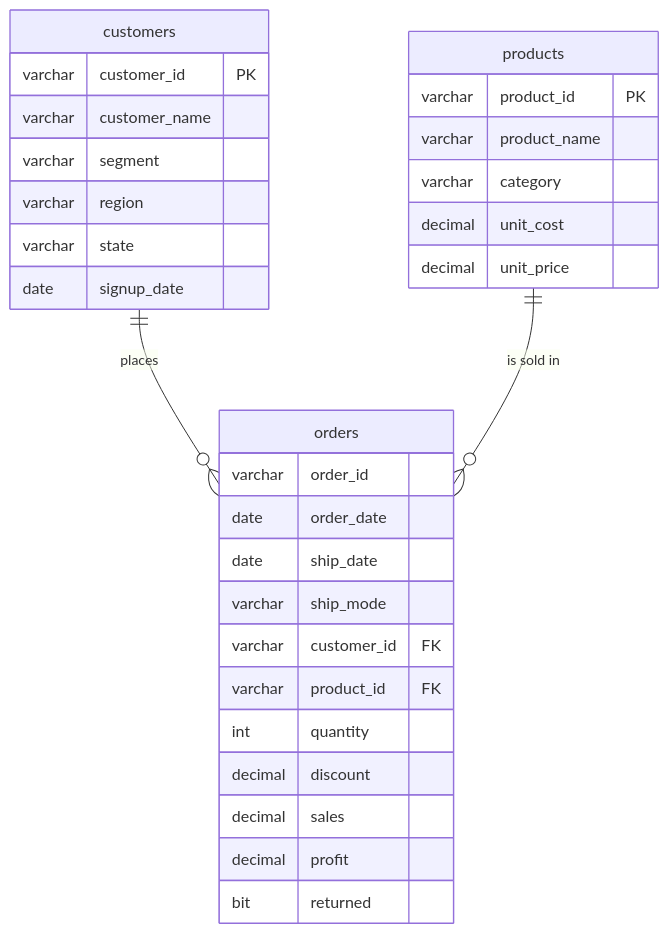
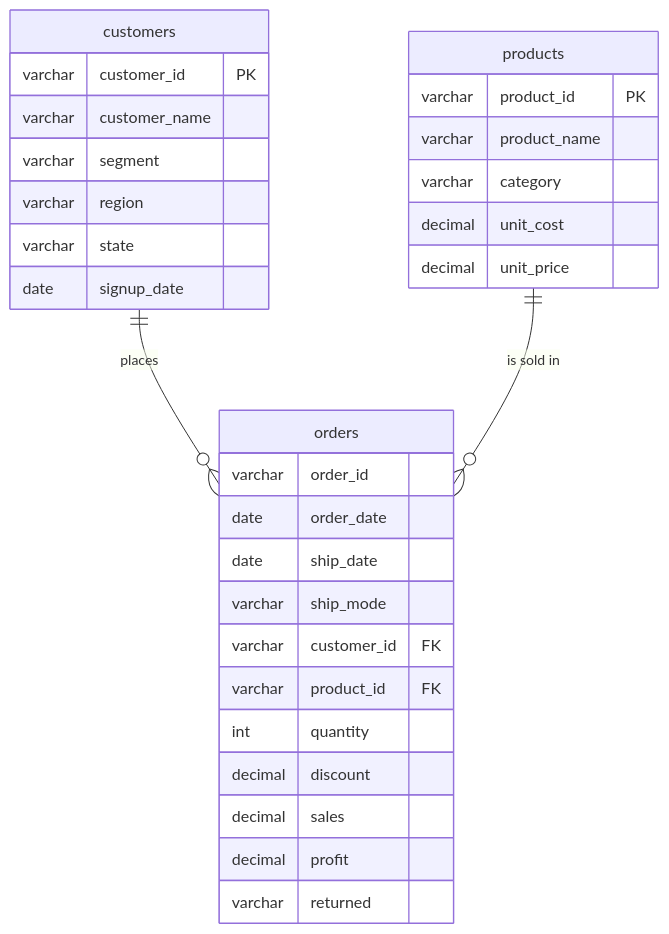
The diagram in sql server/README (11).md (Ahmed-noby-analytics/sql-analysis), drawn with Mermaid before and after one commit. The commit also changed other lines of this file, not shown here.

````diff
--- a/sql server/README (11).md
+++ b/sql server/README (11).md
@@ -39,34 +39,34 @@
 ```mermaid
 erDiagram
     customers ||--o{ orders : places
     products  ||--o{ orders : "is sold in"
 
     customers {
         varchar customer_id PK
         varchar customer_name
         varchar segment
         varchar region
         varchar state
         date signup_date
     }
     products {
         varchar product_id PK
         varchar product_name
         varchar category
         decimal unit_cost
         decimal unit_price
     }
     orders {
         varchar order_id
         date order_date
         date ship_date
         varchar ship_mode
         varchar customer_id FK
         varchar product_id FK
         int quantity
         decimal discount
         decimal sales
         decimal profit
-        bit returned
+        varchar returned
     }
 ```
````
